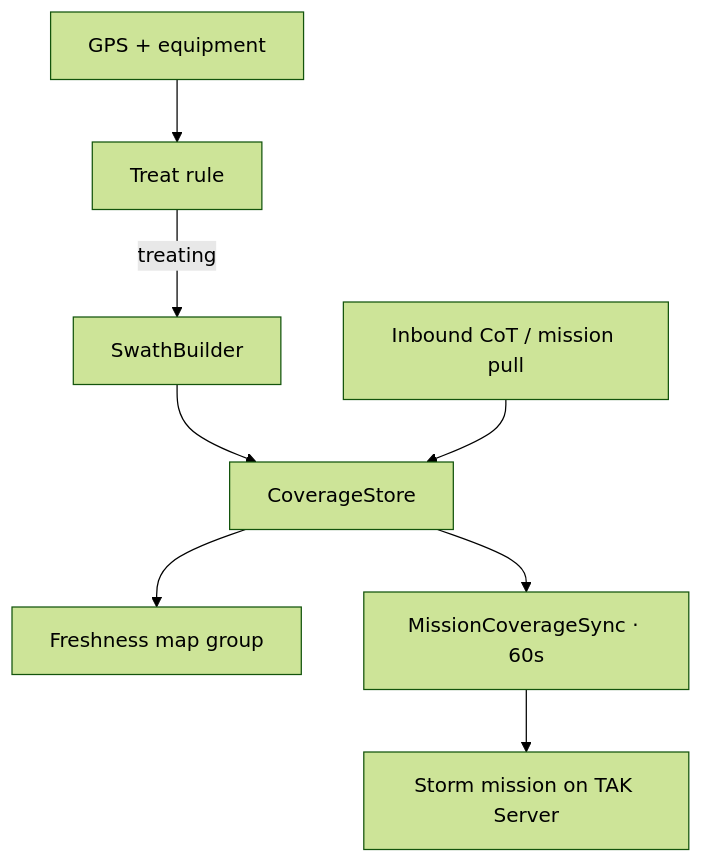
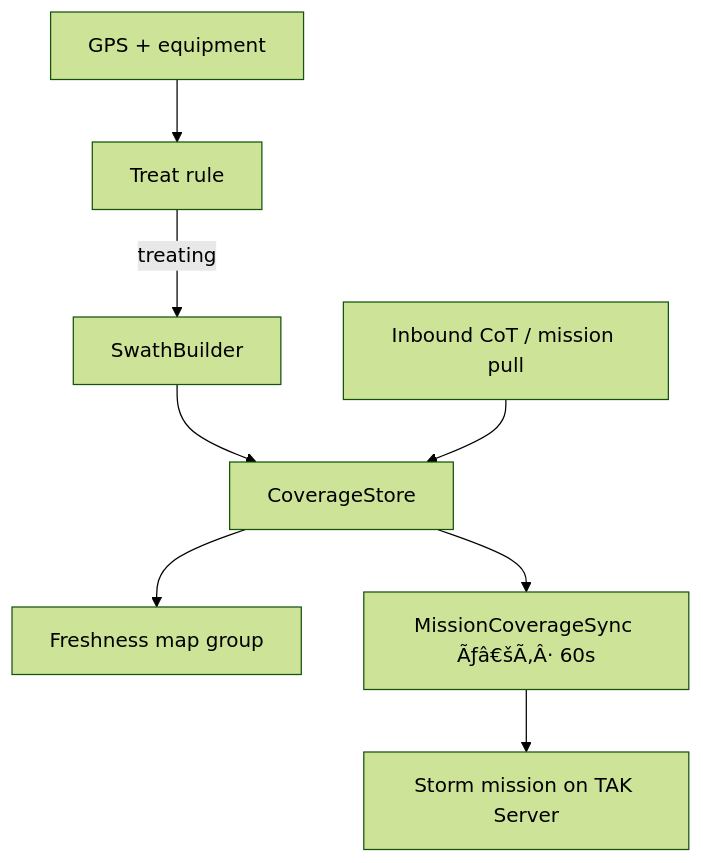
One commit to CopIXus/PlowTAK changed the second of 2 diagrams in README.md. Above: the diagram before and after it, drawn with Mermaid (forest theme). The commit also changed other lines of this file and 4 other files, not shown here.

````diff
--- a/README.md
+++ b/README.md
@@ -134,10 +136,10 @@
 ```mermaid
 flowchart TB
   GPS["GPS + equipment"] --> Gate["Treat rule"]
   Gate -->|treating| Swath["SwathBuilder"]
   Swath --> Store["CoverageStore"]
   Store --> Map["Freshness map group"]
-  Store --> Sync["MissionCoverageSync · 60s"]
+  Store --> Sync["MissionCoverageSync Ãƒâ€šÃ‚Â· 60s"]
   Sync --> Mission["Storm mission on TAK Server"]
   CotIn["Inbound CoT / mission pull"] --> Store
 ```
````
